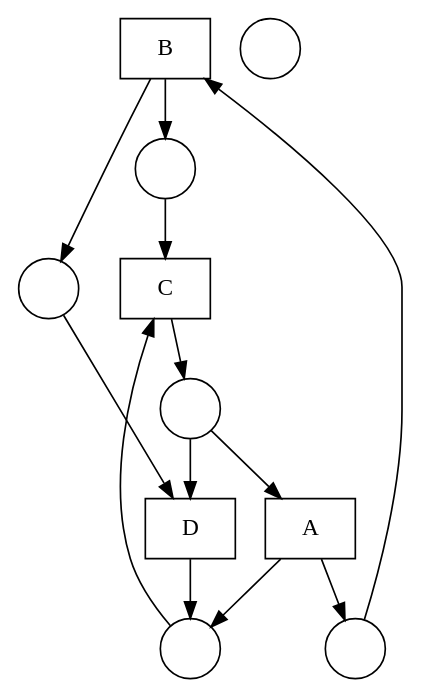
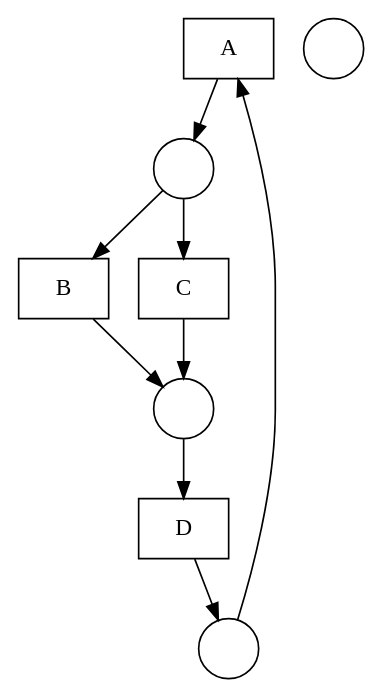
Before and after one commit to DWitek97/GeneticMiner: the diagram in nets/Fittest net.gv, drawn with Graphviz. The commit also changed 6 other files, not shown here.

```diff
--- a/nets/Fittest net.gv
+++ b/nets/Fittest net.gv
@@ -1,26 +1,20 @@
 digraph "Fittest net" {
 	node [shape=box]
+	A [label=A]
 	B [label=B]
+	D [label=D]
 	C [label=C]
-	D [label=D]
-	A [label=A]
 	node [shape=circle]
 	1 [label=" "]
 	2 [label=" "]
 	3 [label=" "]
 	4 [label=" "]
-	5 [label=" "]
-	6 [label=" "]
-	3 -> B
-	B -> 5
+	1 -> A
+	A -> 2
+	2 -> B
 	B -> 4
-	4 -> C
+	4 -> D
+	D -> 1
 	2 -> C
-	C -> 1
-	1 -> D
-	5 -> D
-	D -> 2
-	1 -> A
-	A -> 3
-	A -> 2
+	C -> 4
 }
```
